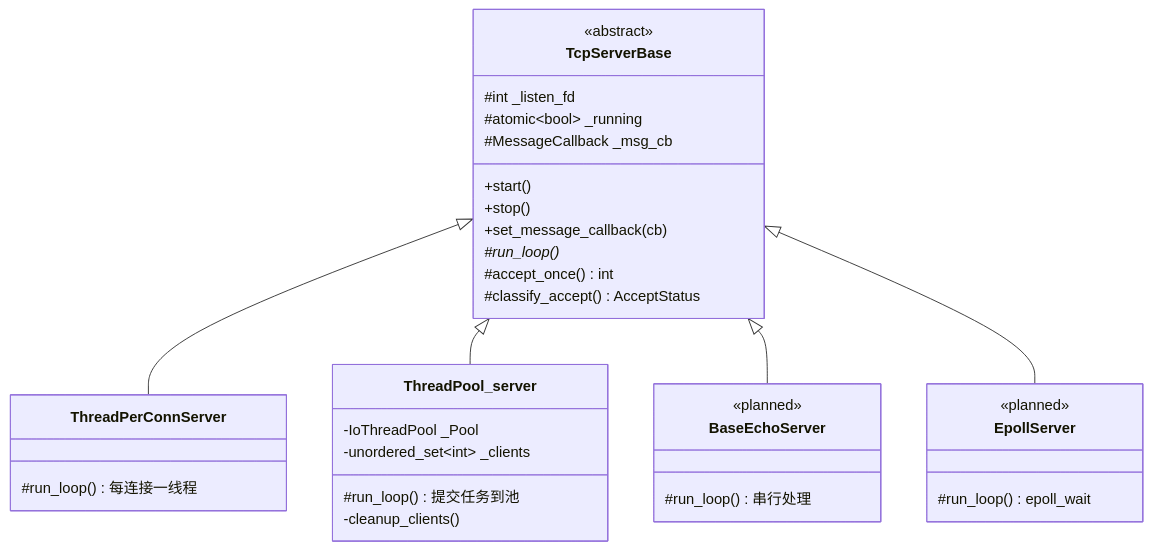
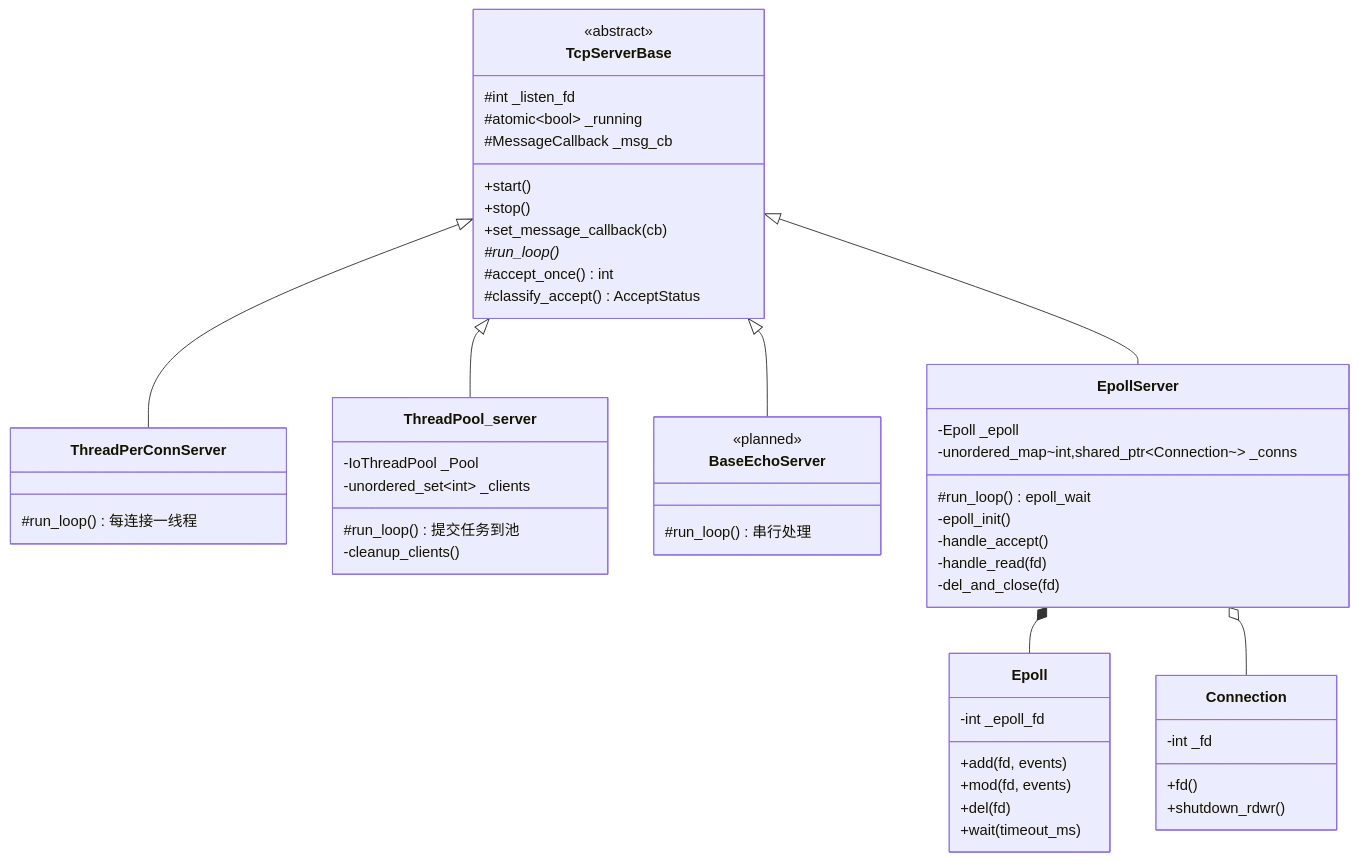
The diagram in README.md (xyt-dc/socket_server), drawn with Mermaid before and after one commit. The commit also changed other lines of this file and 7 other files, not shown here.

First line of the commit message:
feat(epoll): 封装 epoll 三原语 + EpollServer 骨架 + 架构转折笔记

````diff
--- a/README.md
+++ b/README.md
@@ -56,37 +62,57 @@
 ```mermaid
 classDiagram
     class TcpServerBase {
         <<abstract>>
         #int _listen_fd
         #atomic~bool~ _running
         #MessageCallback _msg_cb
         +start()
         +stop()
         +set_message_callback(cb)
         #run_loop()* 
         #accept_once() int
         #classify_accept() AcceptStatus
     }
     class ThreadPerConnServer {
         #run_loop() 每连接一线程
     }
     class ThreadPool_server {
         -IoThreadPool _Pool
         -unordered_set~int~ _clients
         #run_loop() 提交任务到池
         -cleanup_clients()
     }
     class BaseEchoServer {
         <<planned>>
         #run_loop() 串行处理
     }
     class EpollServer {
-        <<planned>>
+        -Epoll _epoll
+        -unordered_map~int,shared_ptr~Connection~~ _conns
         #run_loop() epoll_wait
+        -epoll_init()
+        -handle_accept()
+        -handle_read(fd)
+        -del_and_close(fd)
+    }
+
+    class Epoll {
+        -int _epoll_fd
+        +add(fd, events)
+        +mod(fd, events)
+        +del(fd)
+        +wait(timeout_ms)
+    }
+    class Connection {
+        -int _fd
+        +fd()
+        +shutdown_rdwr()
     }
 
     TcpServerBase <|-- ThreadPerConnServer
     TcpServerBase <|-- ThreadPool_server
     TcpServerBase <|-- BaseEchoServer
     TcpServerBase <|-- EpollServer
+    EpollServer *-- Epoll
+    EpollServer o-- Connection
 ```
````
